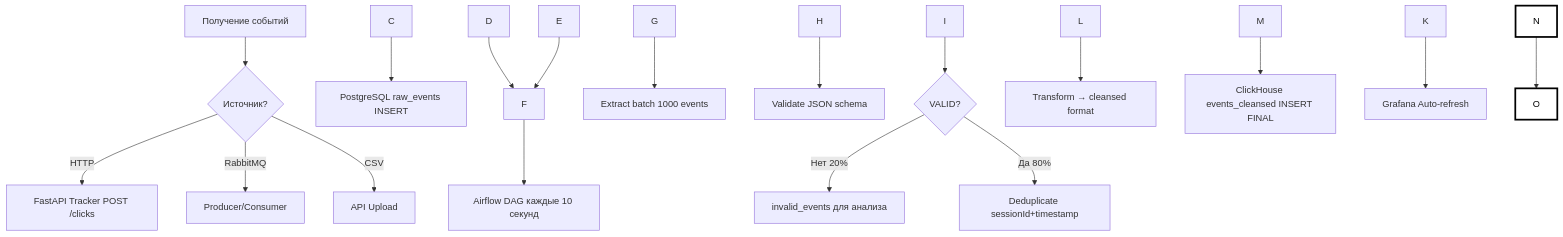
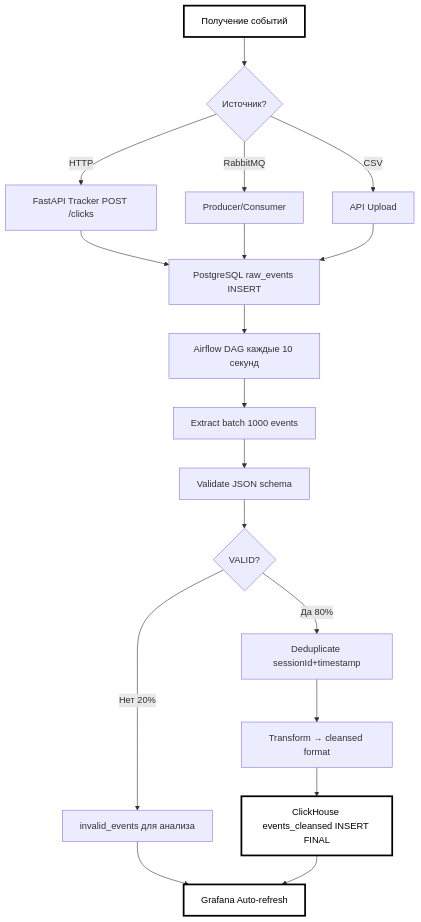
The third of 5 diagrams in README.md (Alexsa7161/ASOBD), drawn with Mermaid before and after one commit. The commit also changed other lines of this file, not shown here.

````diff
--- a/README.md
+++ b/README.md
@@ -282,31 +288,31 @@
 ```mermaid
 flowchart TD
-   A\[Получение событий] --> B{Источник?}
-   
-   B -->|HTTP| C\[FastAPI Tracker POST /clicks]
-   B -->|RabbitMQ| D\[Producer/Consumer]
-   B -->|CSV| E\[API Upload]
-   
-   C --> F\[PostgreSQL raw_events INSERT]
-   D --> F
-   E --> F
-   
-   F --> G\[Airflow DAG каждые 10 секунд]
-   G --> H\[Extract batch 1000 events]
-   H --> I\[Validate JSON schema]
-   
-   I --> J{VALID?}
-   J -->|Нет 20%| K\[invalid_events для анализа]
-   J -->|Да 80%| L\[Deduplicate sessionId+timestamp]
-   
-   L --> M\[Transform → cleansed format]
-   M --> N\[ClickHouse events_cleansed INSERT FINAL]
-   
-   K --> O\[Grafana Auto-refresh]
-   N --> O
-   
-   classDef whiteStyle fill:#ffffff,stroke:#000000,stroke-width:2px,color:#000000
-   classDef startStyle fill:#ffffff,stroke:#000000,stroke-width:3px,color:#000000
-   class A,N,O startStyle
-   classDef default whiteStyle
+    A[Получение событий] --> B{Источник?}
+    
+    B -->|HTTP| C[FastAPI Tracker POST /clicks]
+    B -->|RabbitMQ| D[Producer/Consumer]
+    B -->|CSV| E[API Upload]
+    
+    C --> F[PostgreSQL raw_events INSERT]
+    D --> F
+    E --> F
+    
+    F --> G[Airflow DAG каждые 10 секунд]
+    G --> H[Extract batch 1000 events]
+    H --> I[Validate JSON schema]
+    
+    I --> J{VALID?}
+    J -->|Нет 20%| K[invalid_events для анализа]
+    J -->|Да 80%| L[Deduplicate sessionId+timestamp]
+    
+    L --> M[Transform → cleansed format]
+    M --> N[ClickHouse events_cleansed INSERT FINAL]
+    
+    K --> O[Grafana Auto-refresh]
+    N --> O
+    
+    classDef whiteStyle fill:#ffffff,stroke:#000000,stroke-width:2px,color:#000000
+    classDef startStyle fill:#ffffff,stroke:#000000,stroke-width:3px,color:#000000
+    class A,N,O startStyle
+    classDef default whiteStyle
 ```
````
